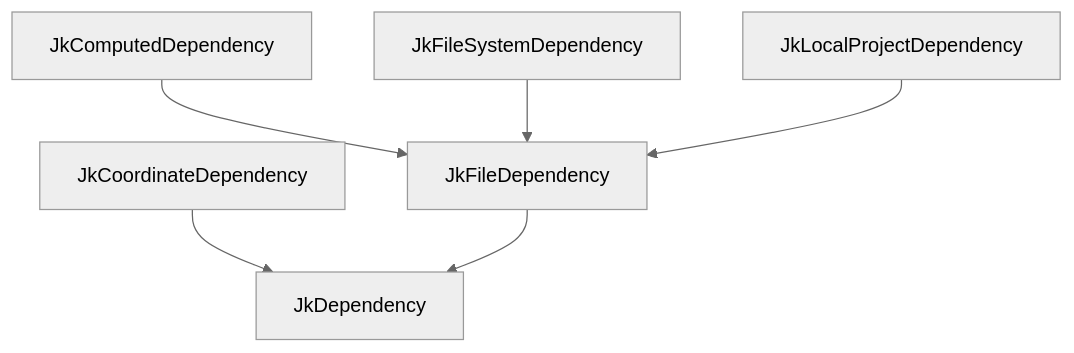
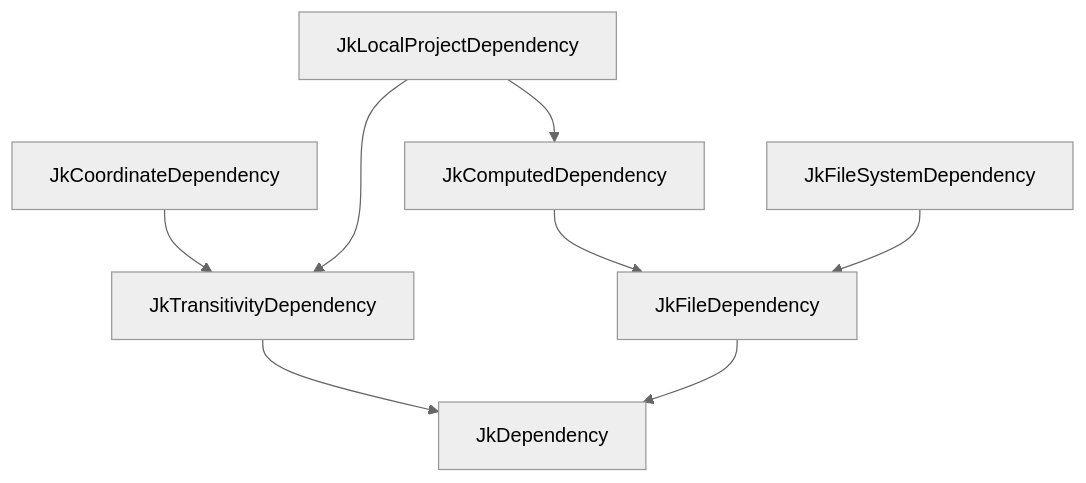
Before and after one commit to jeka-dev/jeka: the diagram in docs/reference/api-dependency-management.md, drawn with Mermaid (neutral theme). The commit also changed other lines of this file and 106 other files, not shown here.

````diff
--- a/docs/reference/api-dependency-management.md
+++ b/docs/reference/api-dependency-management.md
@@ -20,10 +21,12 @@
 ```mermaid
 graph TD
 
-    JkCoordinateDependency --> JkDependency
+    JkCoordinateDependency --> JkTransitivityDependency
+    JkTransitivityDependency --> JkDependency
     JkFileDependency --> JkDependency
     
     JkComputedDependency --> JkFileDependency
     JkFileSystemDependency --> JkFileDependency
-    JkLocalProjectDependency --> JkFileDependency
+    JkLocalProjectDependency --> JkComputedDependency
+    JkLocalProjectDependency --> JkTransitivityDependency
 ```
````
